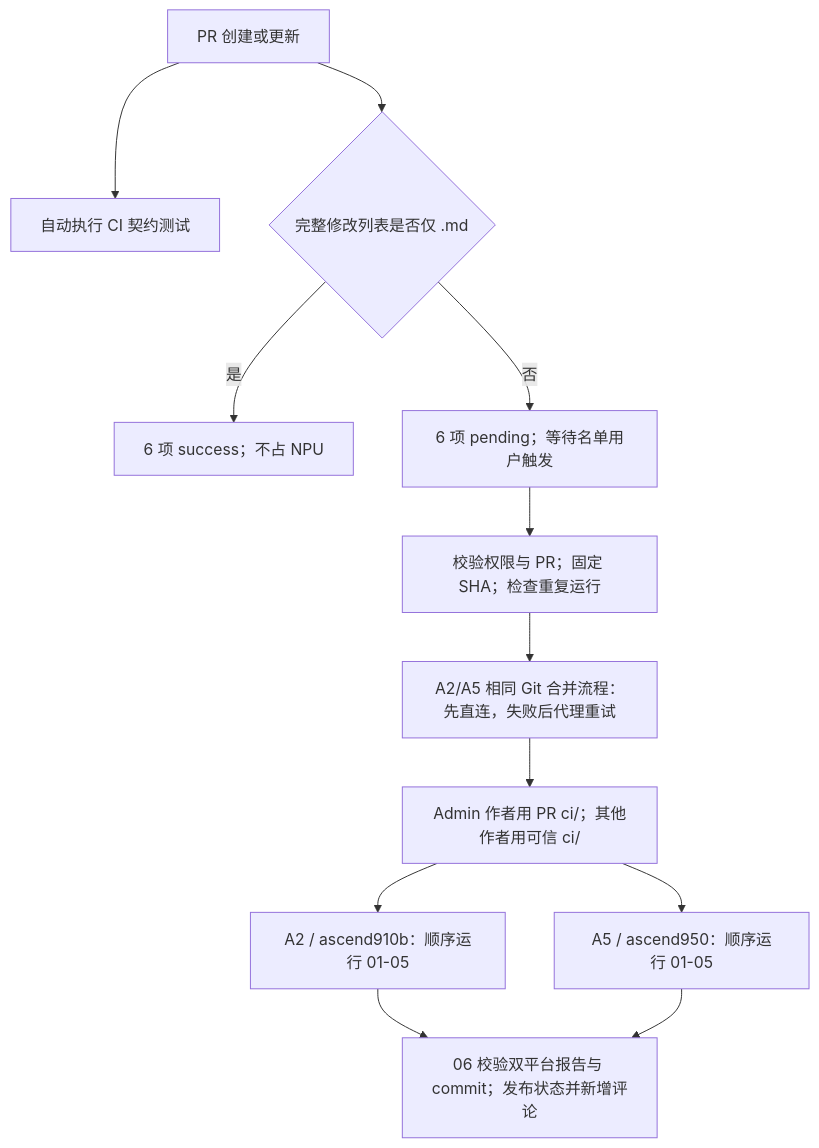
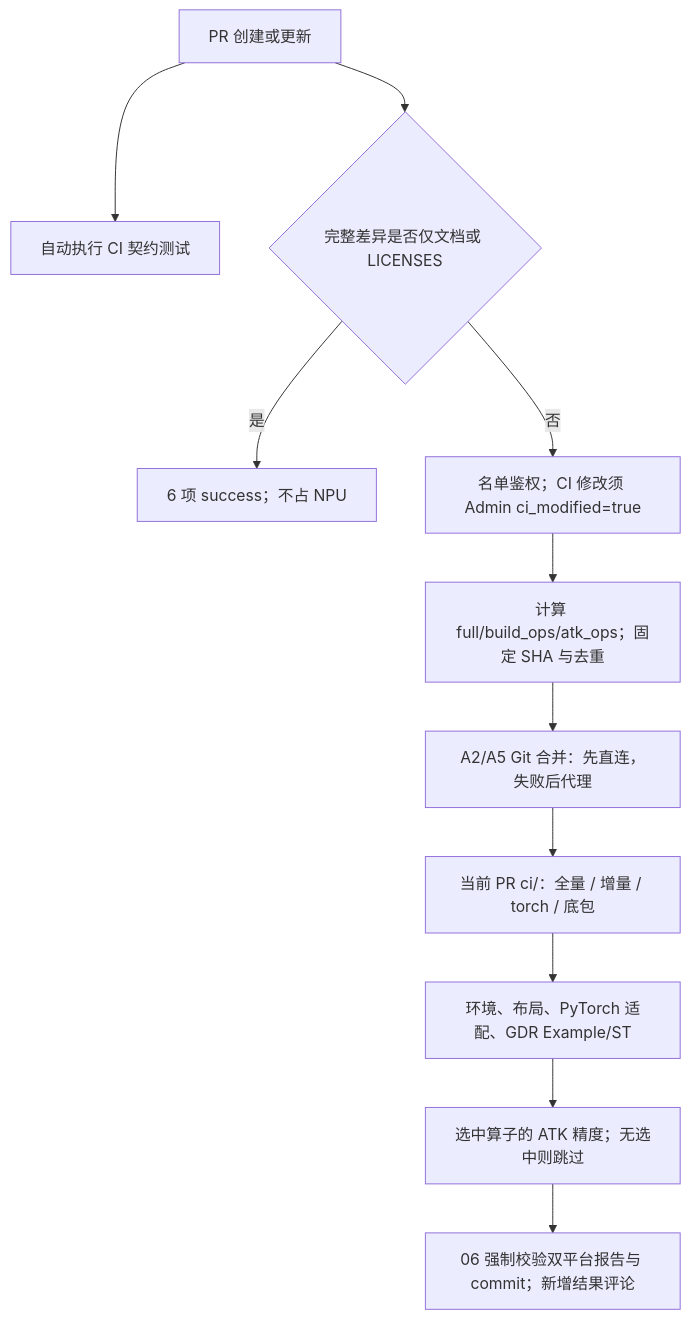
Before and after one commit to flashserve/flash-linear-attention-npu: the diagram in docs/repository-rules.md, drawn with Mermaid. The commit also changed other lines of this file and 36 other files, not shown here.

Commit message:
ci: plan incremental builds and gate selected ATK accuracy checks

````diff
--- a/docs/repository-rules.md
+++ b/docs/repository-rules.md
@@ -84,14 +111,13 @@
 ```mermaid
 flowchart TD
     PR["PR 创建或更新"] --> CPU["自动执行 CI 契约测试"]
-    PR --> Files{"完整修改列表是否仅 .md"}
+    PR --> Files{"完整差异是否仅文档或 LICENSES"}
     Files -- "是" --> Docs["6 项 success；不占 NPU"]
-    Files -- "否" --> Pending["6 项 pending；等待名单用户触发"]
-    Pending --> Prepare["校验权限与 PR；固定 SHA；检查重复运行"]
-    Prepare --> Source["A2/A5 相同 Git 合并流程：先直连，失败后代理重试"]
-    Source --> Scripts["Admin 作者用 PR ci/；其他作者用可信 ci/"]
-    Scripts --> A2["A2 / ascend910b：顺序运行 01-05"]
-    Scripts --> A5["A5 / ascend950：顺序运行 01-05"]
-    A2 --> Report["06 校验双平台报告与 commit；发布状态并新增评论"]
-    A5 --> Report
+    Files -- "否" --> Trigger["名单鉴权；CI 修改须 Admin ci_modified=true"]
+    Trigger --> Plan["计算 full/build_ops/atk_ops；固定 SHA 与去重"]
+    Plan --> Source["A2/A5 Git 合并：先直连，失败后代理"]
+    Source --> Package["当前 PR ci/：全量 / 增量 / torch / 底包"]
+    Package --> Checks["环境、布局、PyTorch 适配、GDR Example/ST"]
+    Checks --> ATK["选中算子的 ATK 精度；无选中则跳过"]
+    ATK --> Report["06 强制校验双平台报告与 commit；新增结果评论"]
 ```
````
